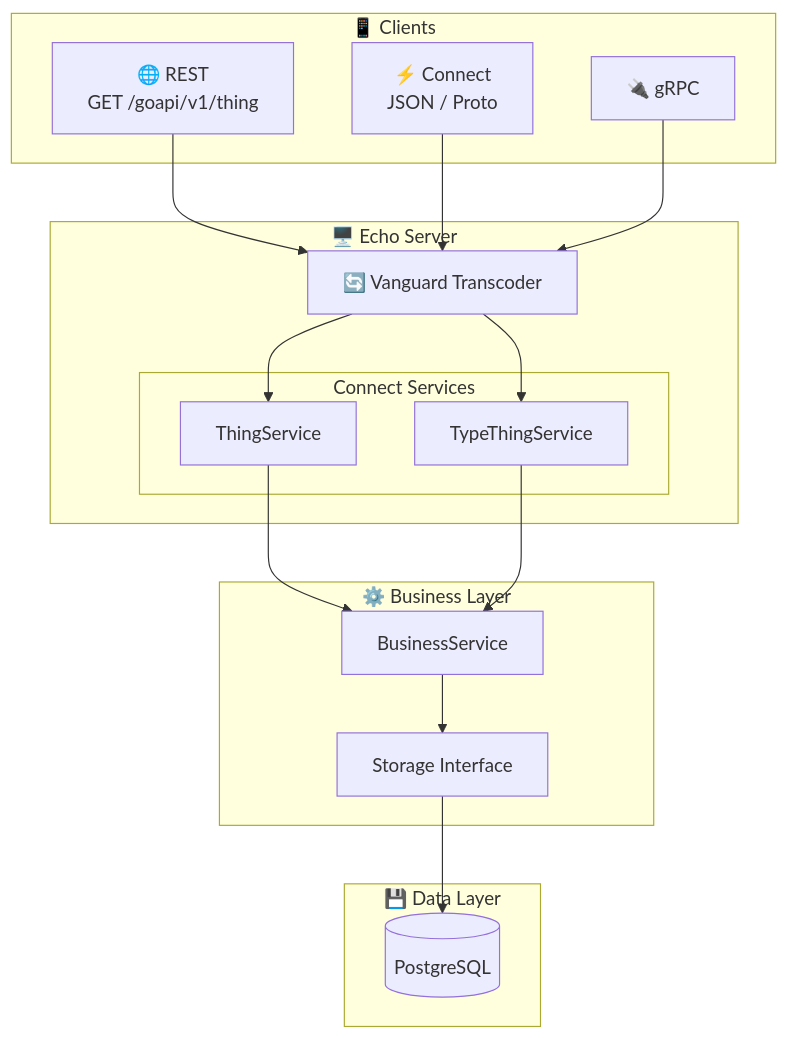
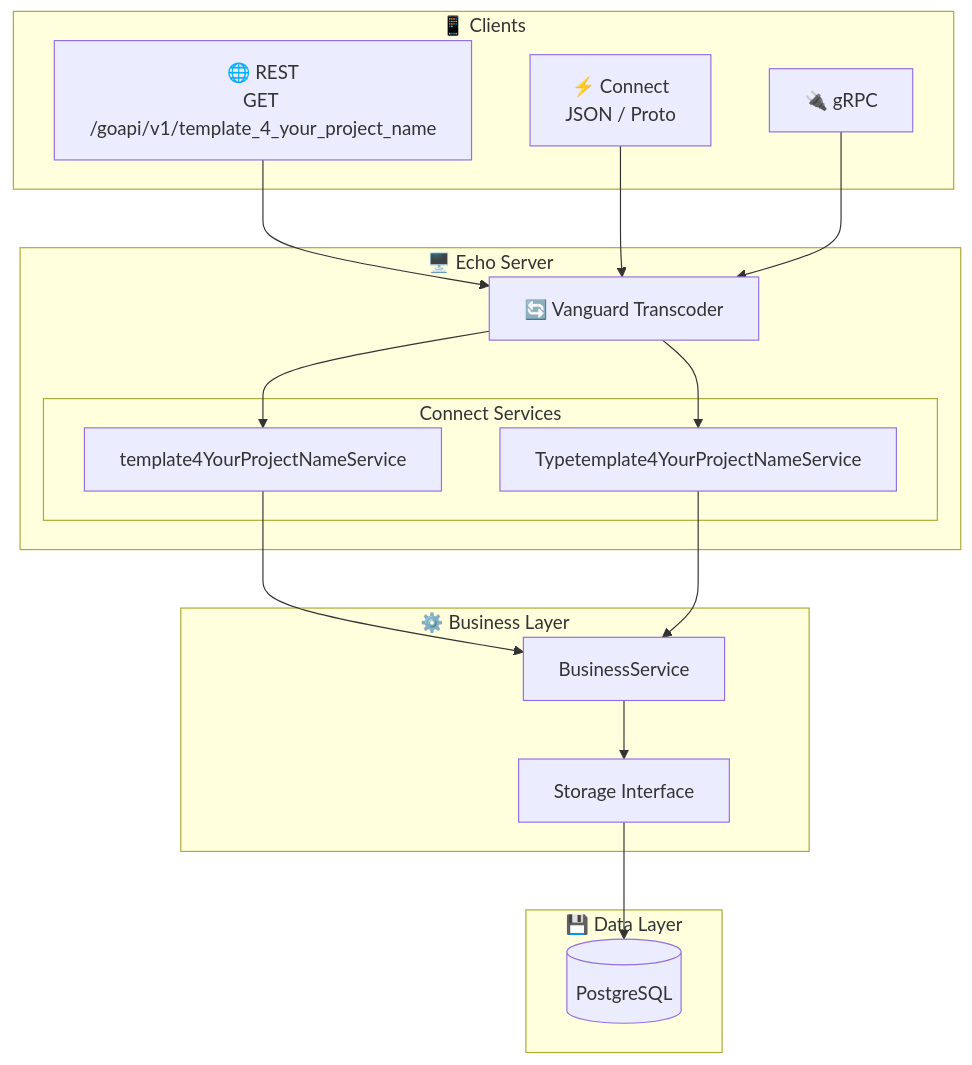
The diagram in README.md (lao-tseu-is-alive/go-cloud-k8s-template), drawn with Mermaid before and after one commit. The commit also changed other lines of this file and 205 other files, not shown here.

````diff
--- a/README.md
+++ b/README.md
@@ -28,35 +28,35 @@
 ```mermaid
 graph TB
     subgraph Clients["📱 Clients"]
-        REST["🌐 REST<br/>GET /goapi/v1/thing"]
+        REST["🌐 REST<br/>GET /goapi/v1/template_4_your_project_name"]
         CONNECT["⚡ Connect<br/>JSON / Proto"]
         GRPC["🔌 gRPC"]
     end
     
     subgraph Server["🖥️ Echo Server"]
         VG["🔄 Vanguard Transcoder"]
         subgraph Services["Connect Services"]
-            TS["ThingService"]
-            TTS["TypeThingService"]
+            TS["template4YourProjectNameService"]
+            TTS["Typetemplate4YourProjectNameService"]
         end
     end
     
     subgraph Core["⚙️ Business Layer"]
         BS["BusinessService"]
         ST["Storage Interface"]
     end
     
     subgraph Data["💾 Data Layer"]
         PG[(PostgreSQL)]
     end
     
     REST --> VG
     CONNECT --> VG
     GRPC --> VG
     VG --> TS
     VG --> TTS
     TS --> BS
     TTS --> BS
     BS --> ST
     ST --> PG
 ```
````
